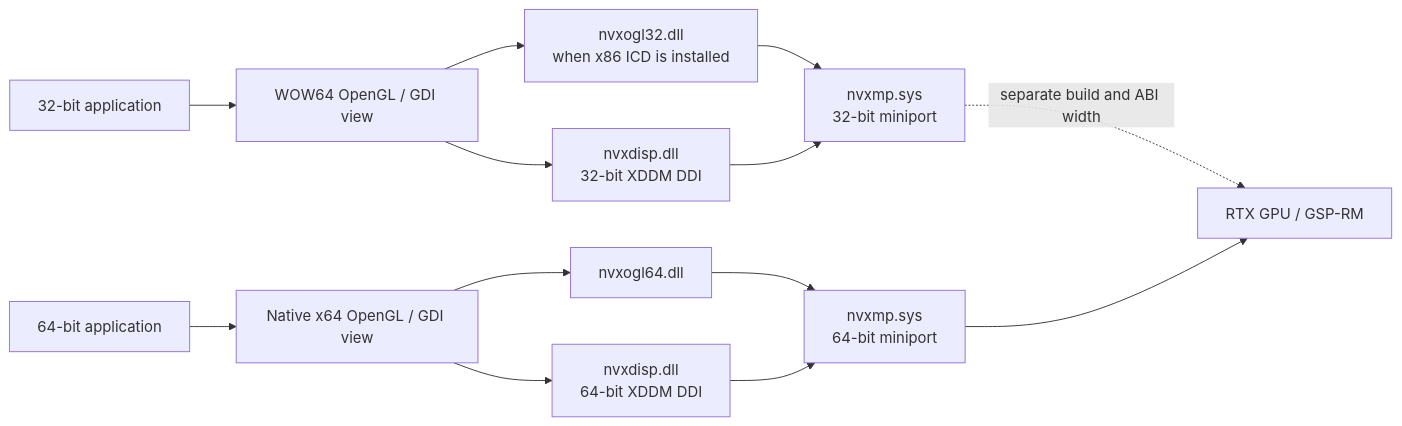
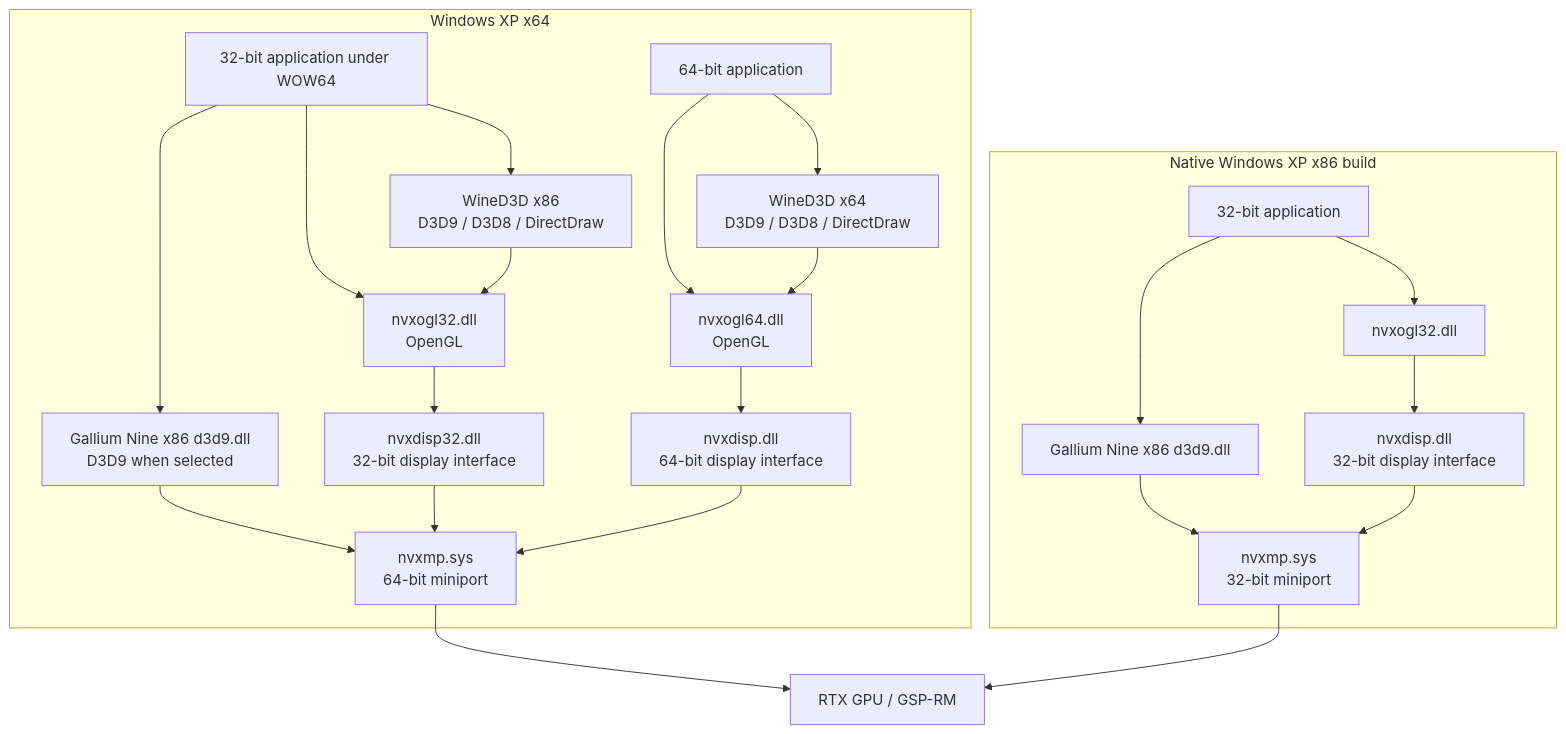
The second of 3 diagrams in README.md (sanjayseshan/open_nvx_windows), drawn with Mermaid before and after one commit. The commit also changed other lines of this file, not shown here.

Commit message:
Document Gallium Nine and WOW64 rendering paths

````diff
--- a/README.md
+++ b/README.md
@@ -76,15 +81,26 @@
 ```mermaid
-flowchart LR
-  A32[32-bit application] --> W32[WOW64 OpenGL / GDI view]
-  W32 --> ICD32[nvxogl32.dll<br/>when x86 ICD is installed]
-  W32 --> DDI32[nvxdisp.dll<br/>32-bit XDDM DDI]
-  ICD32 --> MP32[nvxmp.sys<br/>32-bit miniport]
-  DDI32 --> MP32
-  A64[64-bit application] --> W64[Native x64 OpenGL / GDI view]
-  W64 --> ICD64[nvxogl64.dll]
-  W64 --> DDI64[nvxdisp.dll<br/>64-bit XDDM DDI]
-  ICD64 --> MP64[nvxmp.sys<br/>64-bit miniport]
-  DDI64 --> MP64
-  MP32 -. separate build and ABI width .-> HW[RTX GPU / GSP-RM]
-  MP64 --> HW
+flowchart TB
+  subgraph XP64[Windows XP x64]
+    A32[32-bit application under WOW64] --> ICD32[nvxogl32.dll<br/>OpenGL]
+    A32 --> NINE32[Gallium Nine x86 d3d9.dll<br/>D3D9 when selected]
+    A32 --> WD32[WineD3D x86<br/>D3D9 / D3D8 / DirectDraw]
+    WD32 --> ICD32
+    ICD32 --> DDI32[nvxdisp32.dll<br/>32-bit display interface]
+    NINE32 --> MP64[nvxmp.sys<br/>64-bit miniport]
+    DDI32 --> MP64
+    A64[64-bit application] --> ICD64[nvxogl64.dll<br/>OpenGL]
+    A64 --> WD64[WineD3D x64<br/>D3D9 / D3D8 / DirectDraw]
+    WD64 --> ICD64
+    ICD64 --> DDI64[nvxdisp.dll<br/>64-bit display interface]
+    DDI64 --> MP64
+  end
+  subgraph XP32[Native Windows XP x86 build]
+    A32N[32-bit application] --> ICD32N[nvxogl32.dll]
+    A32N --> NINE32N[Gallium Nine x86 d3d9.dll]
+    ICD32N --> DDI32N[nvxdisp.dll<br/>32-bit display interface]
+    NINE32N --> MP32[nvxmp.sys<br/>32-bit miniport]
+    DDI32N --> MP32
+  end
+  MP64 --> HW[RTX GPU / GSP-RM]
+  MP32 --> HW
 ```
````
